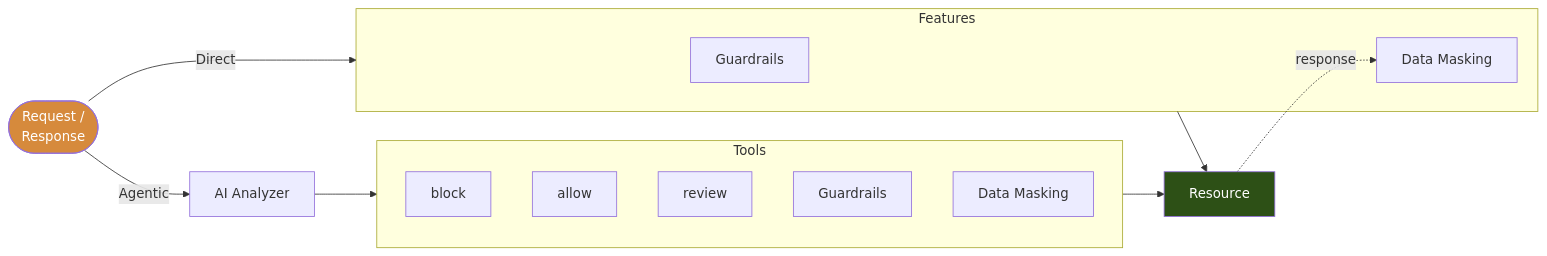
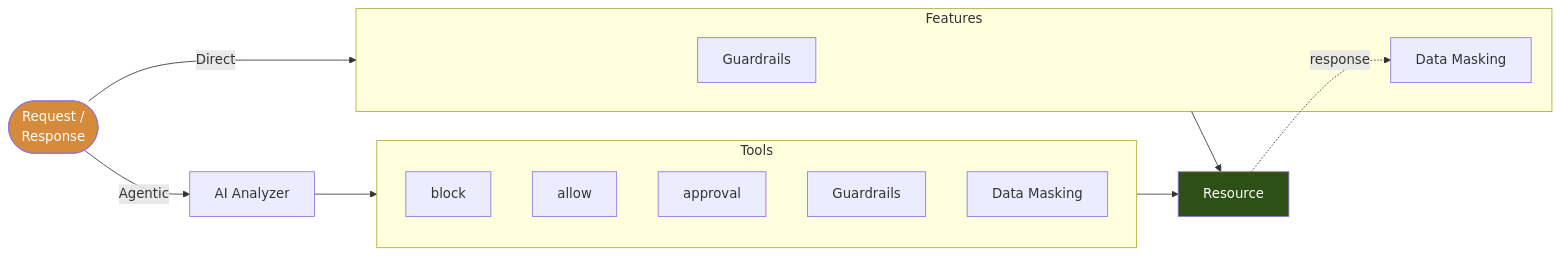
Before and after one commit to hoophq/documentation: the diagram in core-concepts/sidecar.mdx, drawn with Mermaid. The commit also changed other lines of this file and 22 other files, not shown here.

First line of the commit message:
DES-228: docs: rename review to approval, with the earlier names as aliases

````diff
--- a/core-concepts/sidecar.mdx
+++ b/core-concepts/sidecar.mdx
@@ -30,30 +30,30 @@
 ```mermaid
 flowchart LR
     REQ(["Request /<br/>Response"])
 
     subgraph FEAT["Features"]
       GR["Guardrails"]
       DM["Data Masking"]
     end
 
     subgraph TOOLS["Tools"]
       BLK["block"]
       ALW["allow"]
-      RVW["review"]
+      RVW["approval"]
       TGR["Guardrails"]
       TDM["Data Masking"]
     end
 
     AI["AI Analyzer"]
     RES["Resource"]
 
     REQ -->|"Direct"| FEAT
     REQ -->|"Agentic"| AI
     FEAT --> RES
     AI --> TOOLS
     TOOLS --> RES
     RES -.->|"response"| DM
 
     style RES fill:#2d5016,color:#fff
     style REQ fill:#d68a3c,color:#fff
 ```
````
